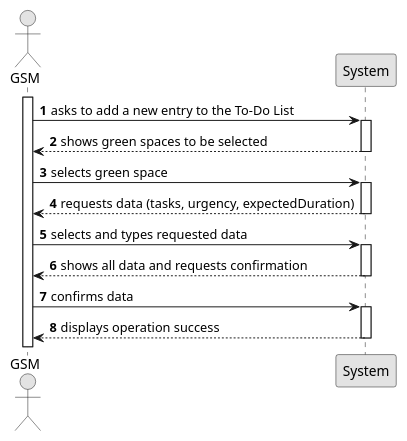
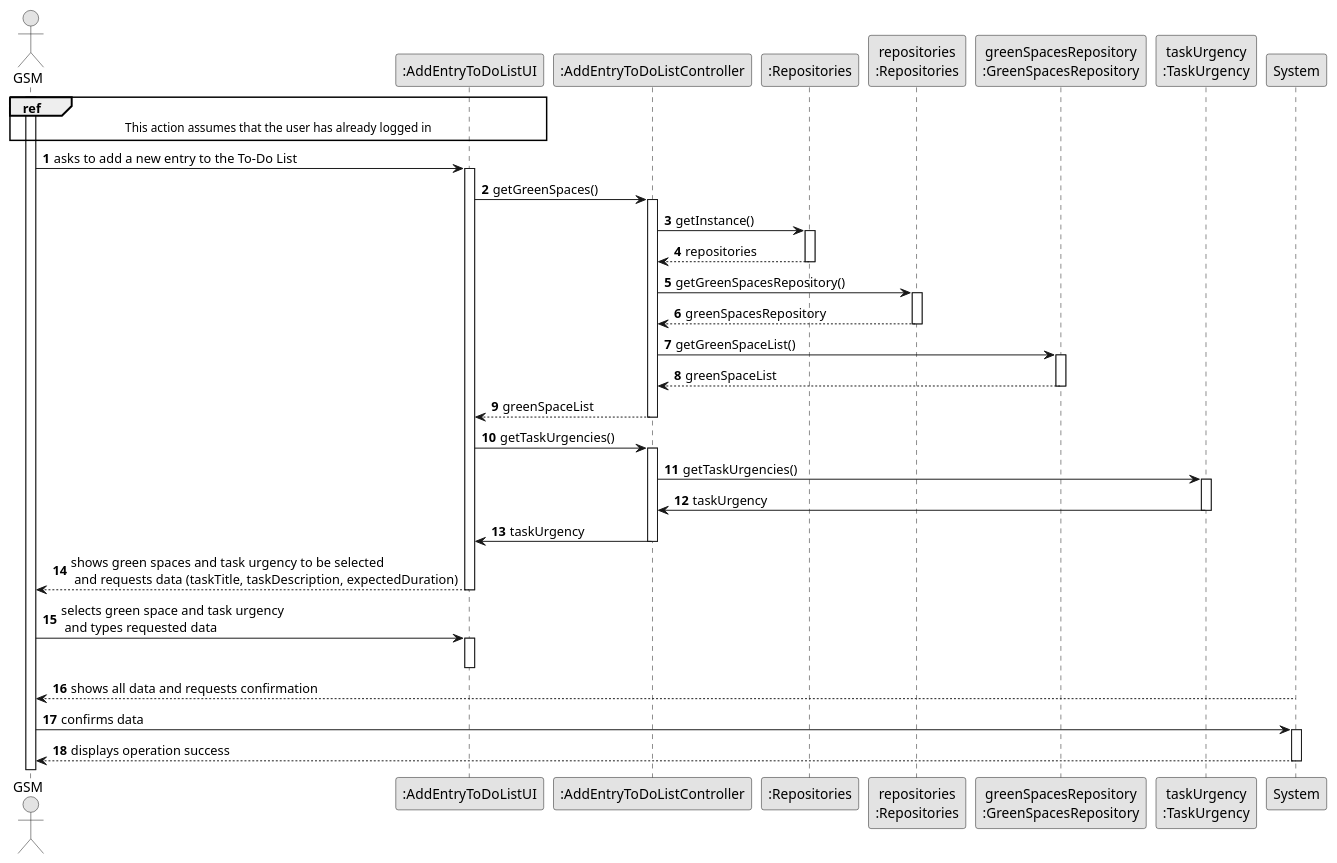
Before and after one commit to LopemigueISEP/lei-24-s2-1nb-g312: the diagram in docs/sprintC/US021/03.design/puml/us021-sequence-diagram-full.puml, drawn with PlantUML. The commit also changed 8 other files, not shown here.

```diff
--- a/docs/sprintC/US021/03.design/puml/us021-sequence-diagram-full.puml
+++ b/docs/sprintC/US021/03.design/puml/us021-sequence-diagram-full.puml
@@ -1,35 +1,70 @@
 @startuml
 skinparam monochrome true
 skinparam packageStyle rectangle
 skinparam shadowing false
 
 autonumber
 
 'hide footbox
 actor "GSM" as GSM
+participant ":AddEntryToDoListUI" as UI
+participant ":AddEntryToDoListController" as CTRL
+participant ":Repositories" as RepositorySingleton
+participant "repositories\n:Repositories" as PLAT
+participant "greenSpacesRepository\n:GreenSpacesRepository" as GreenSpacesRepository
+participant "taskUrgency\n:TaskUrgency" as TaskUrgency
+
+
+ref over GSM, UI : This action assumes that the user has already logged in
 activate GSM
 
-    GSM -> System : asks to add a new entry to the To-Do List
-    activate System
+    GSM -> UI : asks to add a new entry to the To-Do List
+    activate UI
+        UI -> CTRL: getGreenSpaces()
+        activate CTRL
+            CTRL -> RepositorySingleton : getInstance()
+            activate RepositorySingleton
 
-        System --> GSM : shows green spaces to be selected
-    deactivate System
+                RepositorySingleton --> CTRL: repositories
+            deactivate RepositorySingleton
 
-    GSM -> System : selects green space
-    activate System
+            CTRL -> PLAT : getGreenSpacesRepository()
+            activate PLAT
 
-        System --> GSM : requests data (tasks, urgency, expectedDuration)
-    deactivate System
+                PLAT --> CTRL: greenSpacesRepository
+            deactivate PLAT
+            CTRL -> GreenSpacesRepository: getGreenSpaceList()
+            activate GreenSpacesRepository
+                GreenSpacesRepository --> CTRL: greenSpaceList
+            deactivate GreenSpacesRepository
 
-    GSM -> System : selects and types requested data
-    activate System
+            CTRL --> UI : greenSpaceList
+        deactivate CTRL
+
+        UI -> CTRL: getTaskUrgencies()
+        activate CTRL
+            CTRL -> TaskUrgency : getTaskUrgencies()
+            activate TaskUrgency
+                TaskUrgency -> CTRL: taskUrgency
+            deactivate TaskUrgency
+        CTRL -> UI : taskUrgency
+        deactivate CTRL
+    UI --> GSM : shows green spaces and task urgency to be selected\n and requests data (taskTitle, taskDescription, expectedDuration)
+    deactivate UI
+
+    GSM -> UI : selects green space and task urgency\n and types requested data
+    activate UI
+
+
+    deactivate UI
 
         System --> GSM : shows all data and requests confirmation
     deactivate System
 
     GSM -> System : confirms data
     activate System
 
         System --> GSM : displays operation success
     deactivate System
+
 @enduml
```
